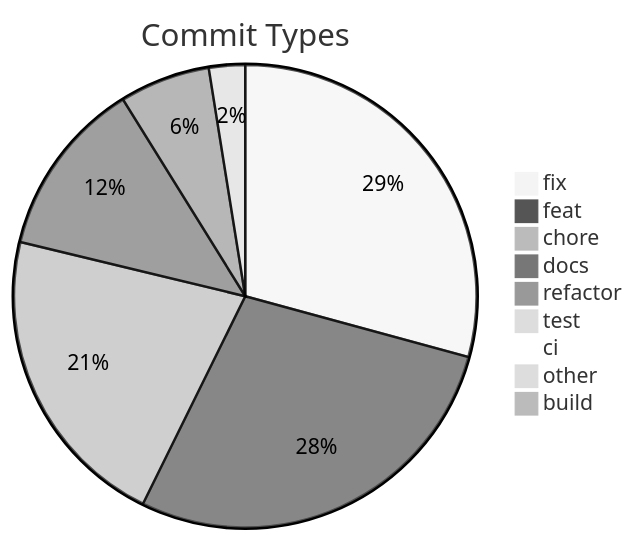
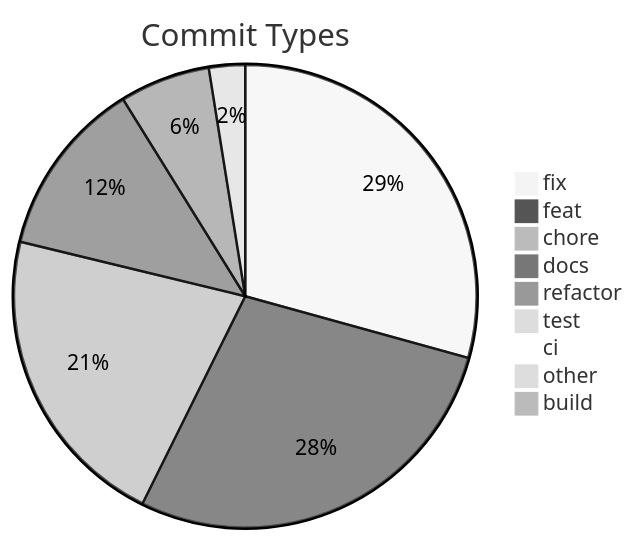
The diagram in .shipwright/compliance/change-history.md (svenroth-ai/shipwright), drawn with Mermaid (neutral theme) before and after one commit. The commit also changed other lines of this file and 32 other files, not shown here.

````diff
--- a/.shipwright/compliance/change-history.md
+++ b/.shipwright/compliance/change-history.md
@@ -8,12 +8,12 @@
 ```mermaid
 pie title Commit Types
-    "fix" : 347
+    "fix" : 348
     "feat" : 333
     "chore" : 255
     "docs" : 147
     "refactor" : 75
     "test" : 30
     "ci" : 11
     "other" : 9
     "build" : 1
 ```
````
